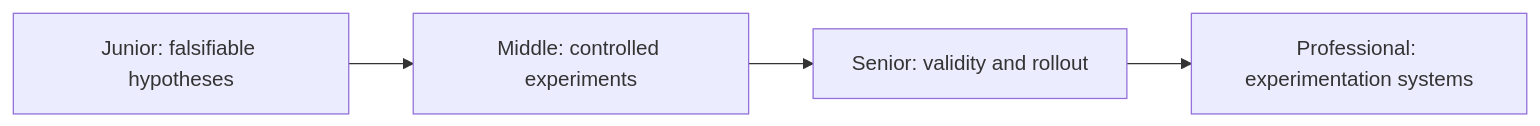
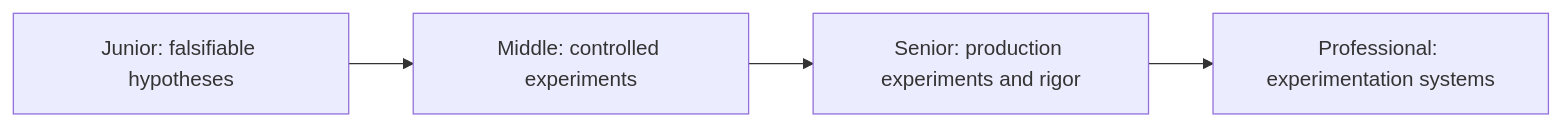
Before and after one commit to flynn3103/engineer-knowledge: the first of 2 diagrams in craftsmanship/engineering-thinking/09-scientific-and-hypothesis-driven/README.md, drawn with Mermaid. The commit also changed other lines of this file and 41 other files, not shown here.

````diff
--- a/craftsmanship/engineering-thinking/09-scientific-and-hypothesis-driven/README.md
+++ b/craftsmanship/engineering-thinking/09-scientific-and-hypothesis-driven/README.md
@@ -5,6 +5,6 @@
 ```mermaid
 flowchart LR
     J[Junior: falsifiable hypotheses] --> M[Middle: controlled experiments]
-    M --> S[Senior: validity and rollout]
+    M --> S[Senior: production experiments and rigor]
     S --> P[Professional: experimentation systems]
 ```
````
